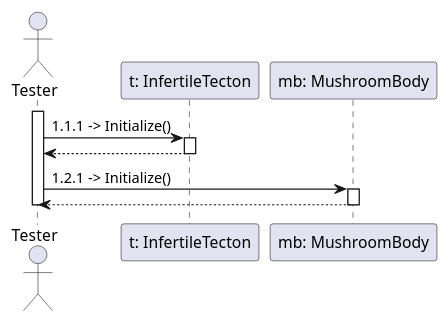
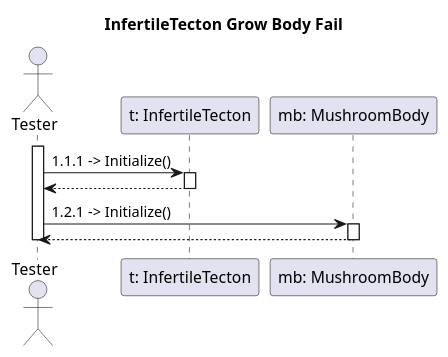
Before and after one commit to dzsem/projlab: the diagram in diagrams/communication/tecton5.puml, drawn with PlantUML.

Commit message:
added title to tecton5.puml

```diff
--- a/diagrams/communication/tecton5.puml
+++ b/diagrams/communication/tecton5.puml
@@ -4,25 +4,24 @@
 @startuml communicationTecton5
+
+title InfertileTecton Grow Body Fail
 
 actor "Tester" as ts
 participant "t: InfertileTecton" as t
 participant "mb: MushroomBody" as mb
 
 activate ts
 
 ' inicializálás
 ts -> t: 1.1.1 -> Initialize()
 activate t
 ts <-- t
 deactivate t
 
 ts -> mb: 1.2.1 -> Initialize()
 activate mb
 ts <-- mb
 deactivate mb
 
-' tecton setup
-
-
 deactivate ts
 
 @enduml
```
